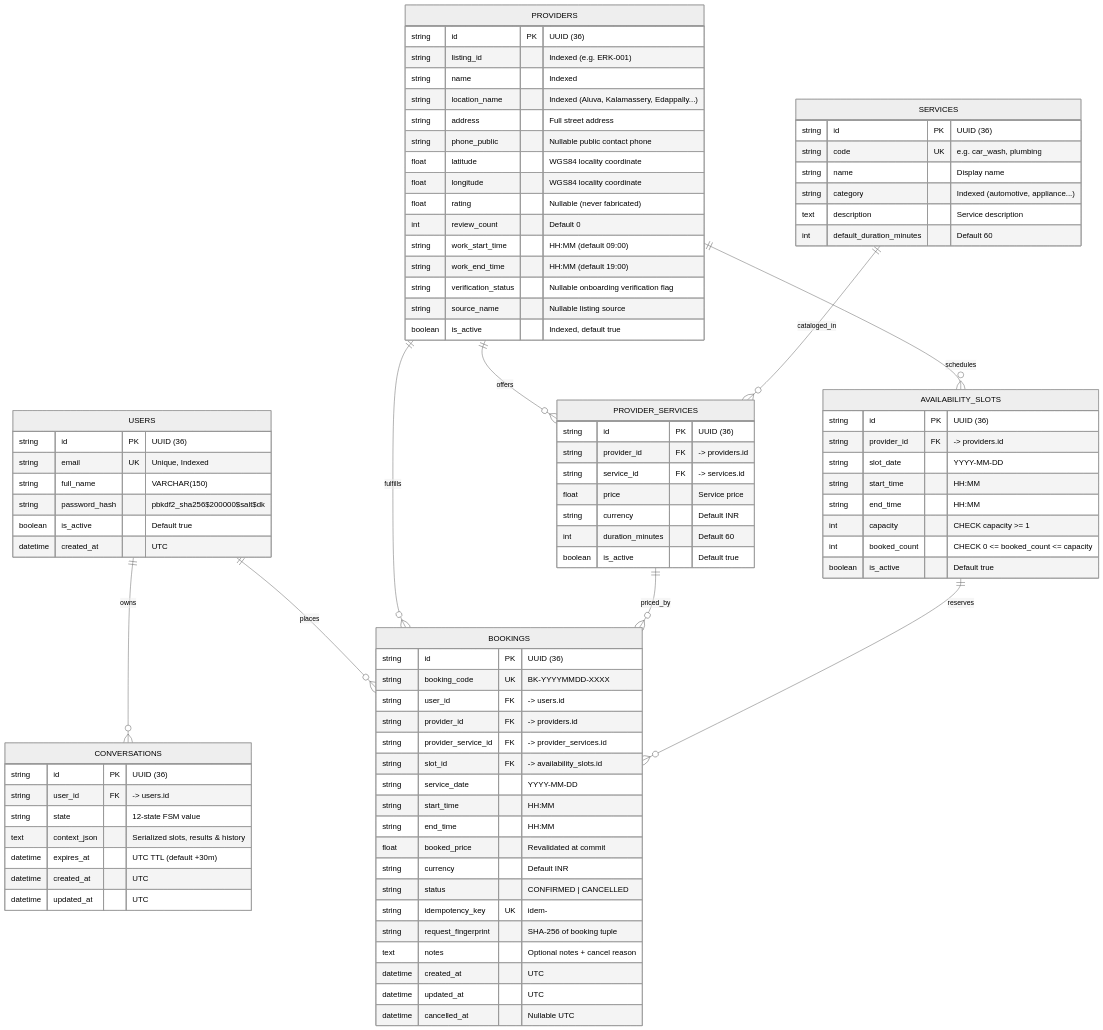
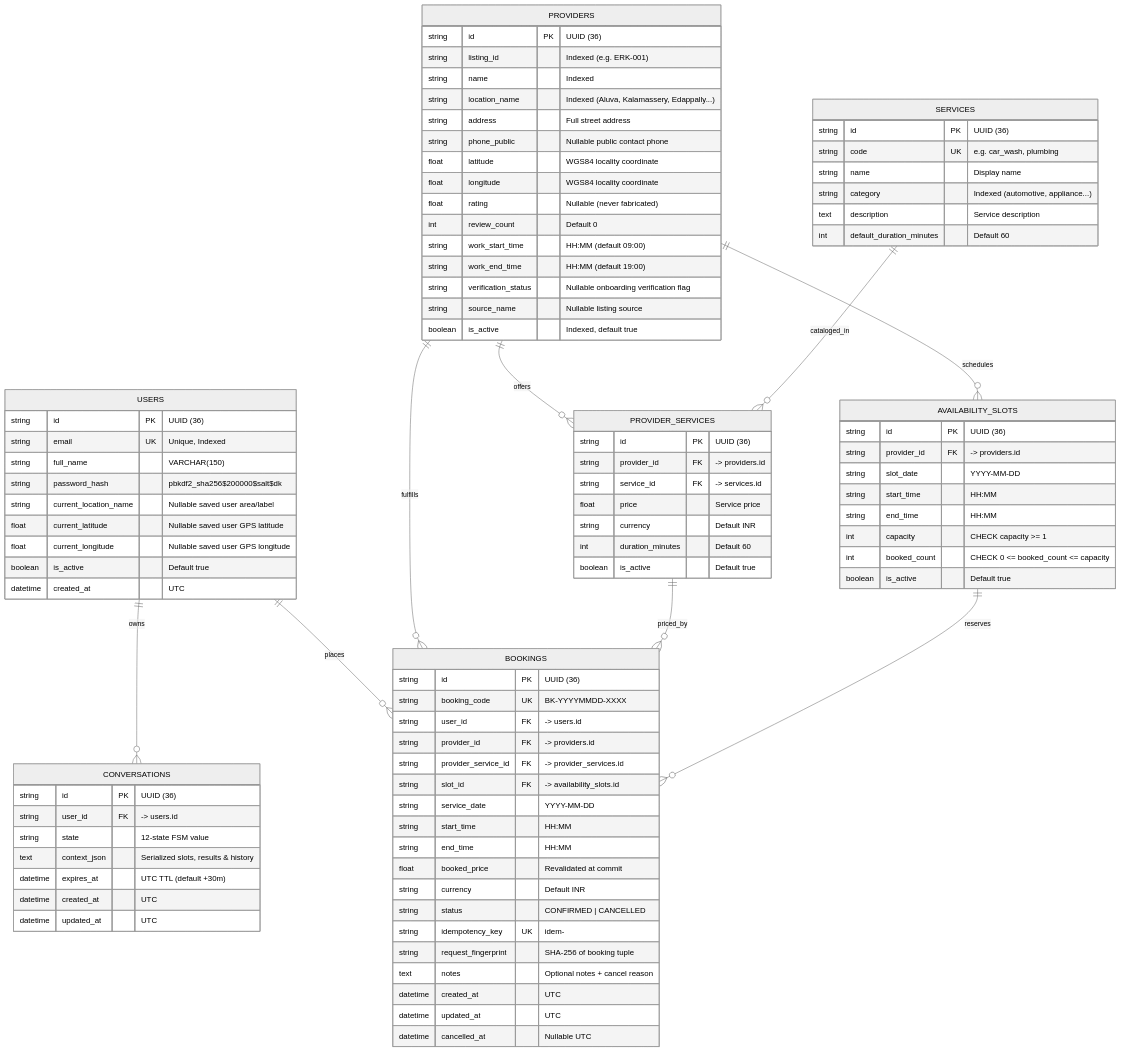
One commit to zalmxn/agentic changed the second of 9 diagrams in README.md. Above: the diagram before and after it, drawn with Mermaid (neutral theme). The commit also changed other lines of this file and 12 other files, not shown here.

First line of the commit message:
feat: Enhance user location handling and distance-based service search

```diff
--- a/README.md
+++ b/README.md
@@ -118,6 +118,9 @@
         string email UK "Unique, Indexed"
         string full_name "VARCHAR(150)"
         string password_hash "pbkdf2_sha256$200000$salt$dk"
+        string current_location_name "Nullable saved user area/label"
+        float current_latitude "Nullable saved user GPS latitude"
+        float current_longitude "Nullable saved user GPS longitude"
         boolean is_active "Default true"
         datetime created_at "UTC"
     }
```
